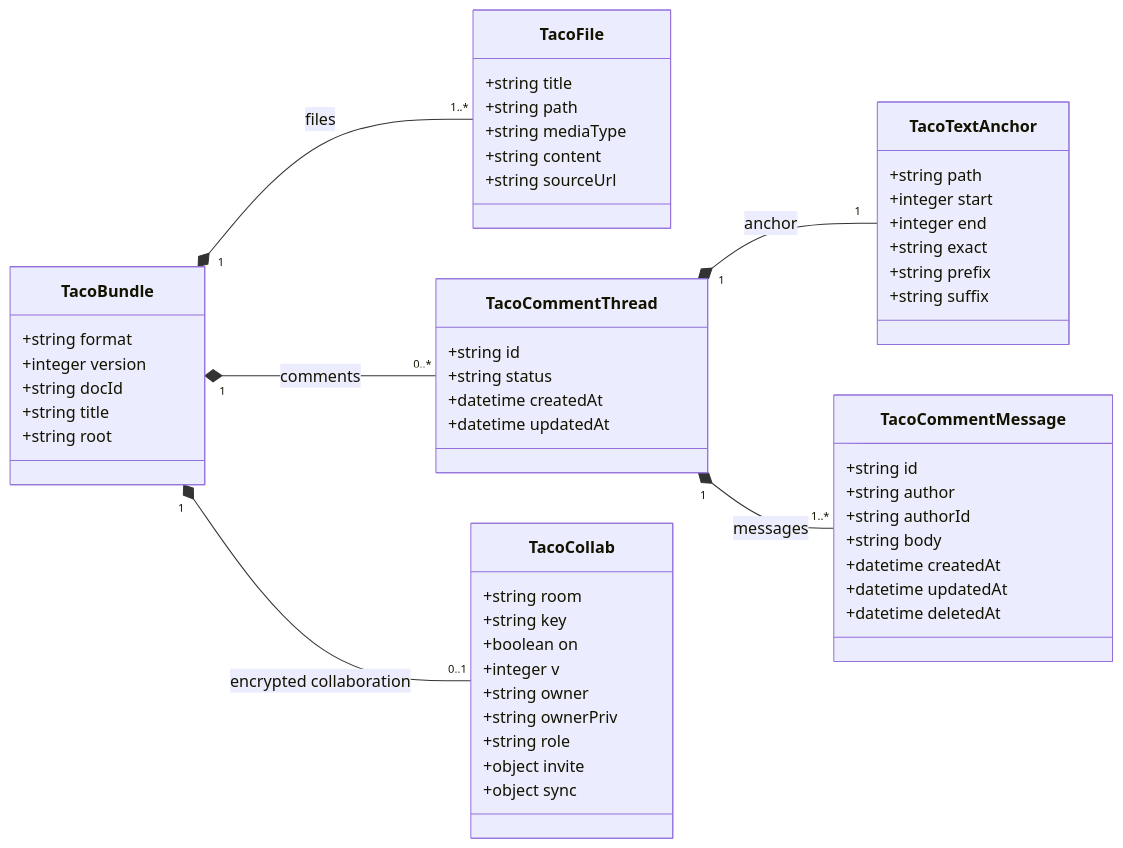
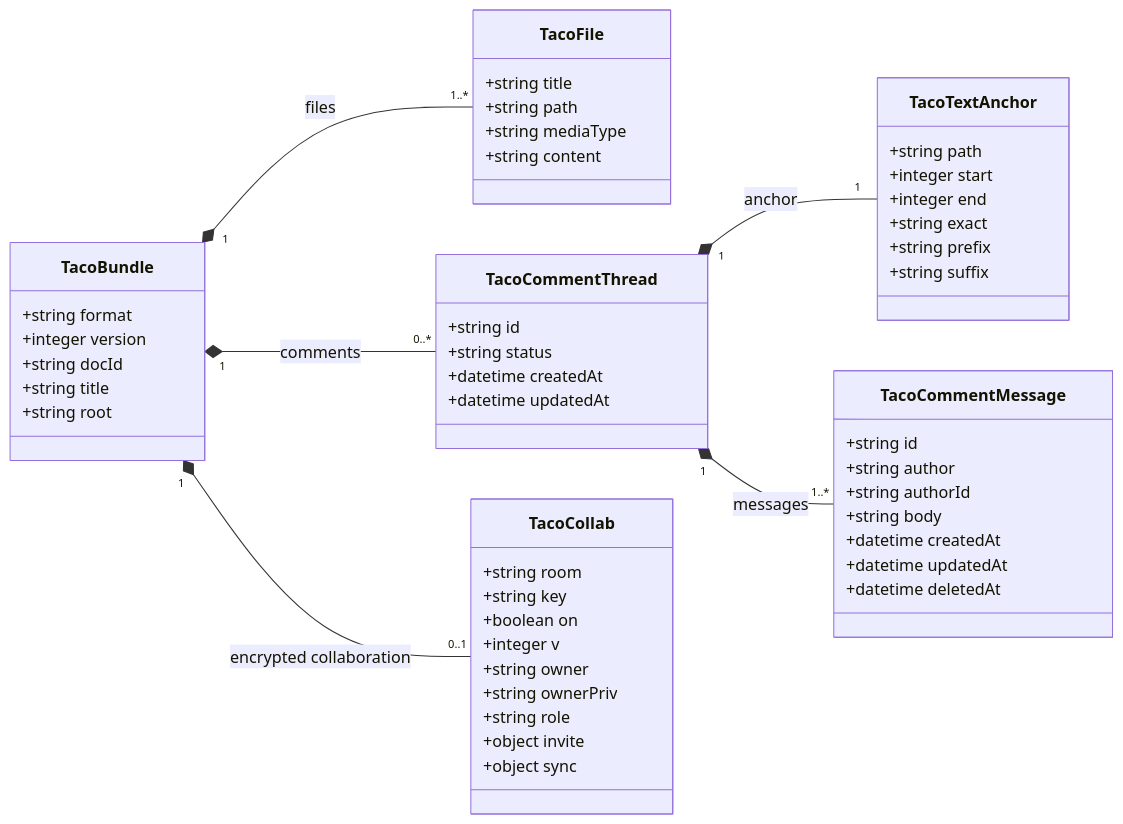
Before and after one commit to Arcadia822/taco: the diagram in specs/001-taco-bento-product/data-model.md, drawn with Mermaid. The commit also changed other lines of this file and 72 other files, not shown here.

````diff
--- a/specs/001-taco-bento-product/data-model.md
+++ b/specs/001-taco-bento-product/data-model.md
@@ -9,64 +9,63 @@
 ```mermaid
 classDiagram
   direction LR
 
   class TacoBundle {
     +string format
     +integer version
     +string docId
     +string title
     +string root
   }
 
   class TacoFile {
     +string title
     +string path
     +string mediaType
     +string content
-    +string sourceUrl
   }
 
   class TacoCommentThread {
     +string id
     +string status
     +datetime createdAt
     +datetime updatedAt
   }
 
   class TacoTextAnchor {
     +string path
     +integer start
     +integer end
     +string exact
     +string prefix
     +string suffix
   }
 
   class TacoCommentMessage {
     +string id
     +string author
     +string authorId
     +string body
     +datetime createdAt
     +datetime updatedAt
     +datetime deletedAt
   }
 
   class TacoCollab {
     +string room
     +string key
     +boolean on
     +integer v
     +string owner
     +string ownerPriv
     +string role
     +object invite
     +object sync
   }
 
   TacoBundle "1" *-- "1..*" TacoFile : files
   TacoBundle "1" *-- "0..*" TacoCommentThread : comments
   TacoBundle "1" *-- "0..1" TacoCollab : encrypted collaboration
   TacoCommentThread "1" *-- "1" TacoTextAnchor : anchor
   TacoCommentThread "1" *-- "1..*" TacoCommentMessage : messages
 ```
````
